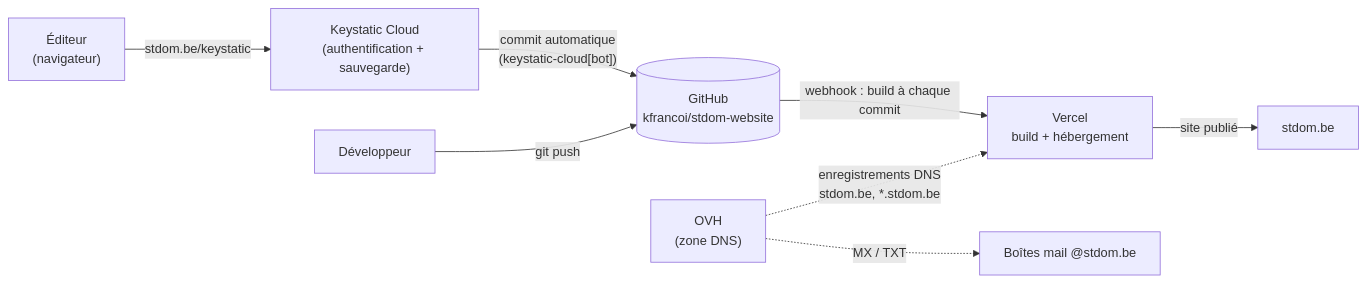
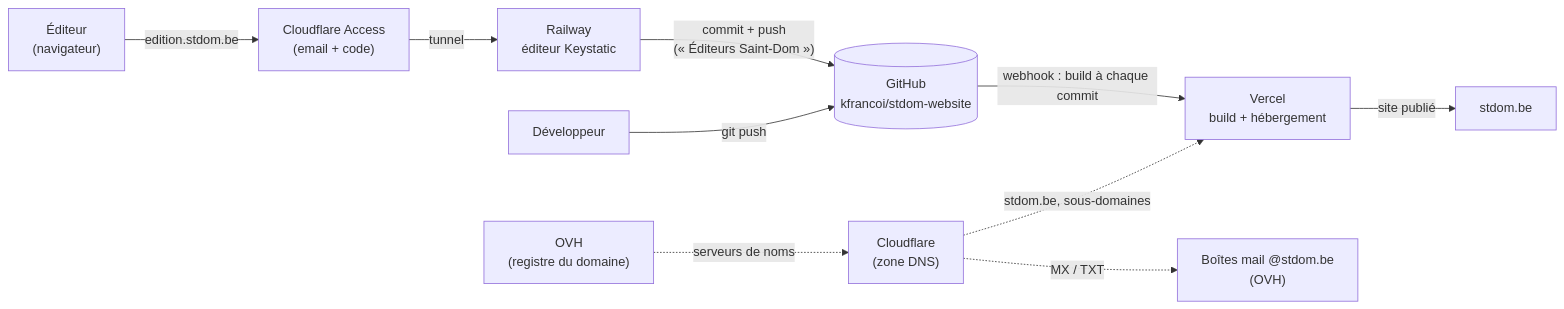
The diagram in README.md (kfrancoi/stdom-website), drawn with Mermaid before and after one commit. The commit also changed other lines of this file, not shown here.

First line of the commit message:
docs(readme): éditeur sur Railway, DNS chez Cloudflare, coûts

````diff
--- a/README.md
+++ b/README.md
@@ -37,10 +41,12 @@
 ```mermaid
 flowchart LR
-    E["Éditeur<br/>(navigateur)"] -->|"stdom.be/keystatic"| K["Keystatic Cloud<br/>(authentification + sauvegarde)"]
-    K -->|"commit automatique<br/>(keystatic-cloud[bot])"| G[("GitHub<br/>kfrancoi/stdom-website")]
+    E["Éditeur<br/>(navigateur)"] -->|"edition.stdom.be"| A["Cloudflare Access<br/>(email + code)"]
+    A -->|"tunnel"| R["Railway<br/>éditeur Keystatic"]
+    R -->|"commit + push<br/>(« Éditeurs Saint-Dom »)"| G[("GitHub<br/>kfrancoi/stdom-website")]
     D["Développeur"] -->|"git push"| G
     G -->|"webhook : build à chaque commit"| V["Vercel<br/>build + hébergement"]
     V -->|"site publié"| W["stdom.be"]
-    O["OVH<br/>(zone DNS)"] -.->|"enregistrements DNS<br/>stdom.be, *.stdom.be"| V
-    O -.->|"MX / TXT"| M["Boîtes mail @stdom.be"]
+    C["Cloudflare<br/>(zone DNS)"] -.->|"stdom.be, sous-domaines"| V
+    C -.->|"MX / TXT"| M["Boîtes mail @stdom.be<br/>(OVH)"]
+    O["OVH<br/>(registre du domaine)"] -.->|"serveurs de noms"| C
 ```
````
